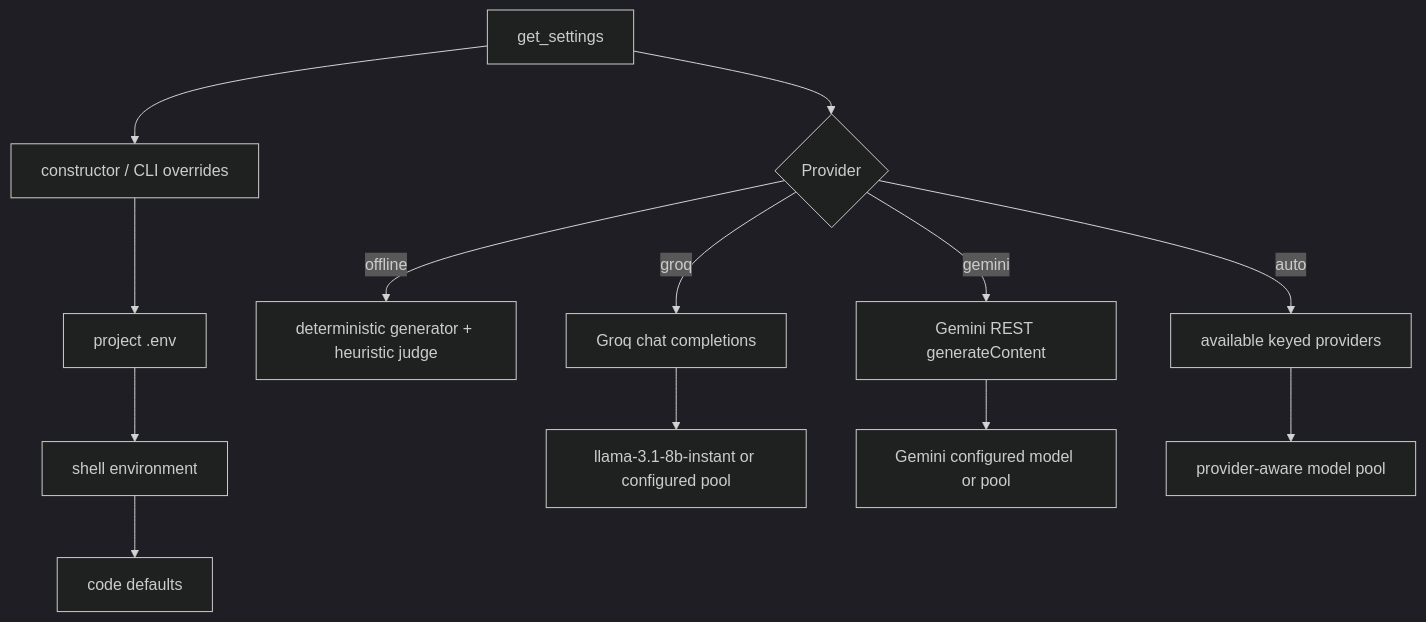
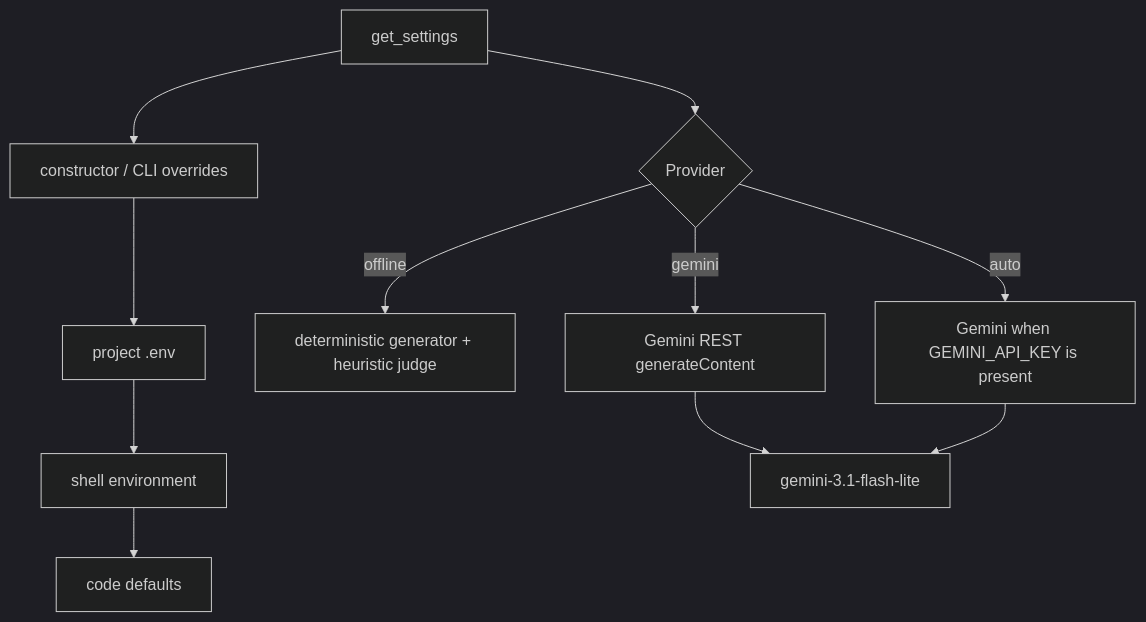
Before and after one commit to manastokale/sap_multiagent_tool: the ninth of 14 diagrams in DESIGN.md, drawn with Mermaid (dark theme). The commit also changed other lines of this file and 20 other files, not shown here.

````diff
--- a/DESIGN.md
+++ b/DESIGN.md
@@ -328,15 +361,13 @@
 ```mermaid
 flowchart TD
     A["get_settings"] --> B["constructor / CLI overrides"]
     B --> C["project .env"]
     C --> D["shell environment"]
     D --> E["code defaults"]
     A --> F{"Provider"}
     F -->|offline| G["deterministic generator + heuristic judge"]
-    F -->|groq| H["Groq chat completions"]
     F -->|gemini| I["Gemini REST generateContent"]
-    F -->|auto| J["available keyed providers"]
-    H --> K["llama-3.1-8b-instant or configured pool"]
-    I --> L["Gemini configured model or pool"]
-    J --> M["provider-aware model pool"]
+    F -->|auto| J["Gemini when GEMINI_API_KEY is present"]
+    I --> L["gemini-3.1-flash-lite"]
+    J --> L
 ```
````
